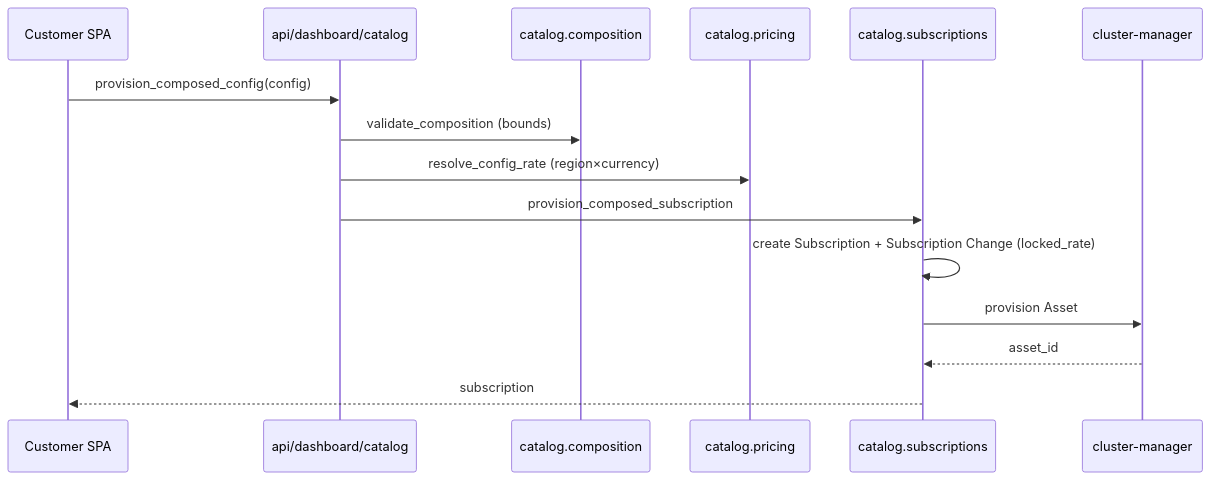
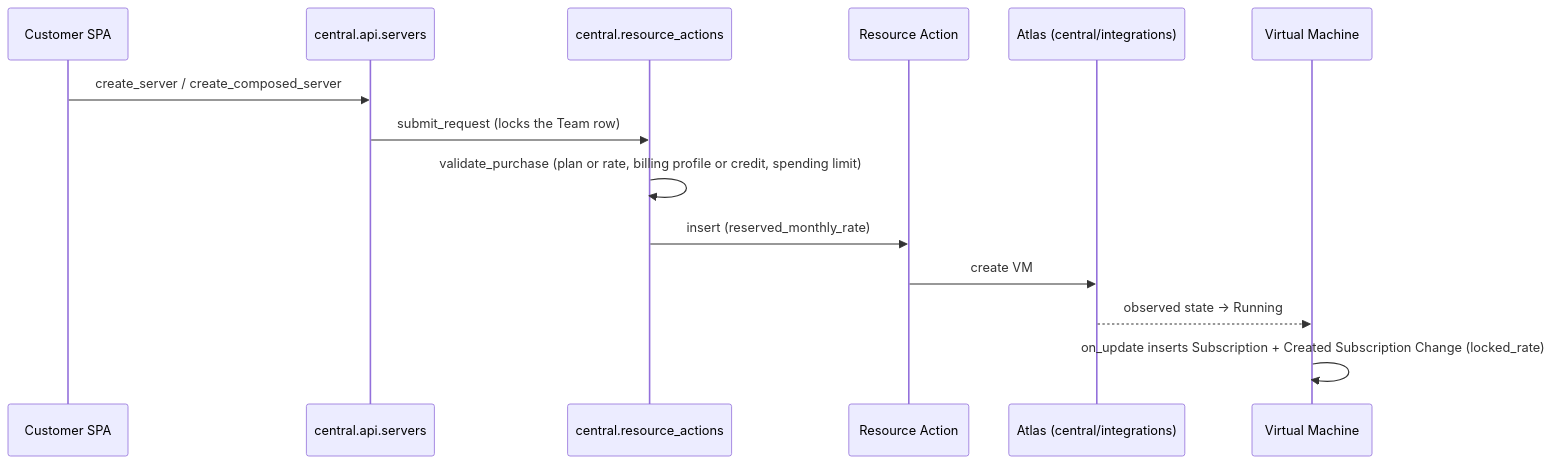
The fourth of 8 diagrams in central/billing/ARCHITECTURE.md (frappe/central), drawn with Mermaid before and after one commit. The commit also changed other lines of this file and 4 other files, not shown here.

````diff
--- a/central/billing/ARCHITECTURE.md
+++ b/central/billing/ARCHITECTURE.md
@@ -376,17 +370,16 @@
 ```mermaid
 sequenceDiagram
     participant UI as Customer SPA
-    participant API as api/dashboard/catalog
-    participant COMP as catalog.composition
-    participant PRICE as catalog.pricing
-    participant SUB as catalog.subscriptions
-    participant CM as cluster-manager
-    UI->>API: provision_composed_config(config)
-    API->>COMP: validate_composition (bounds)
-    API->>PRICE: resolve_config_rate (region×currency)
-    API->>SUB: provision_composed_subscription
-    SUB->>SUB: create Subscription + Subscription Change (locked_rate)
-    SUB->>CM: provision Asset
-    CM-->>SUB: asset_id
-    SUB-->>UI: subscription
+    participant API as central.api.servers
+    participant RA as central.resource_actions
+    participant REC as Resource Action
+    participant ATLAS as Atlas (central/integrations)
+    participant VM as Virtual Machine
+    UI->>API: create_server / create_composed_server
+    API->>RA: submit_request (locks the Team row)
+    RA->>RA: validate_purchase (plan or rate, billing profile or credit, spending limit)
+    RA->>REC: insert (reserved_monthly_rate)
+    REC->>ATLAS: create VM
+    ATLAS-->>VM: observed state → Running
+    VM->>VM: on_update inserts Subscription + Created Subscription Change (locked_rate)
 ```
````
